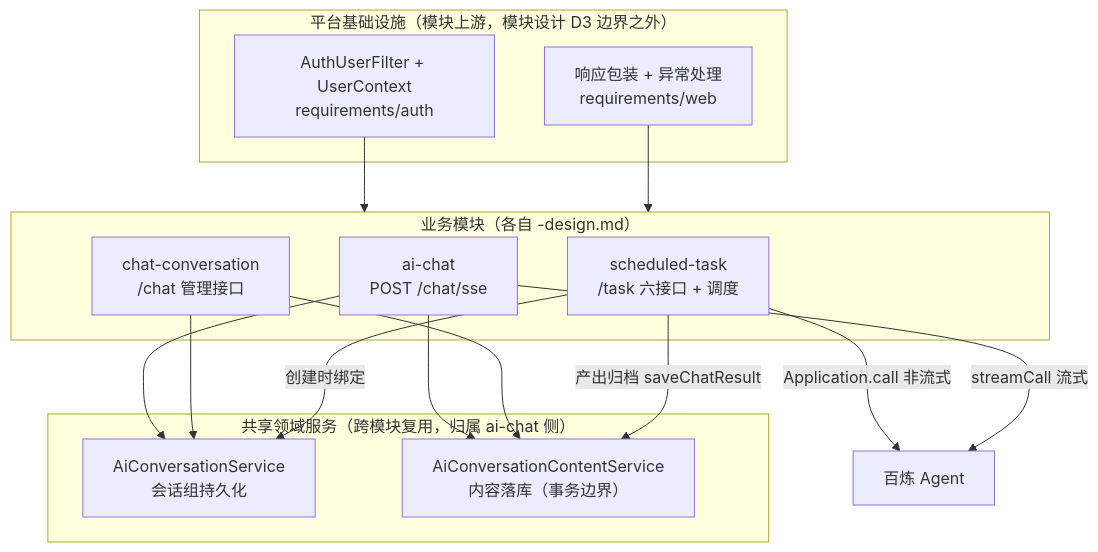
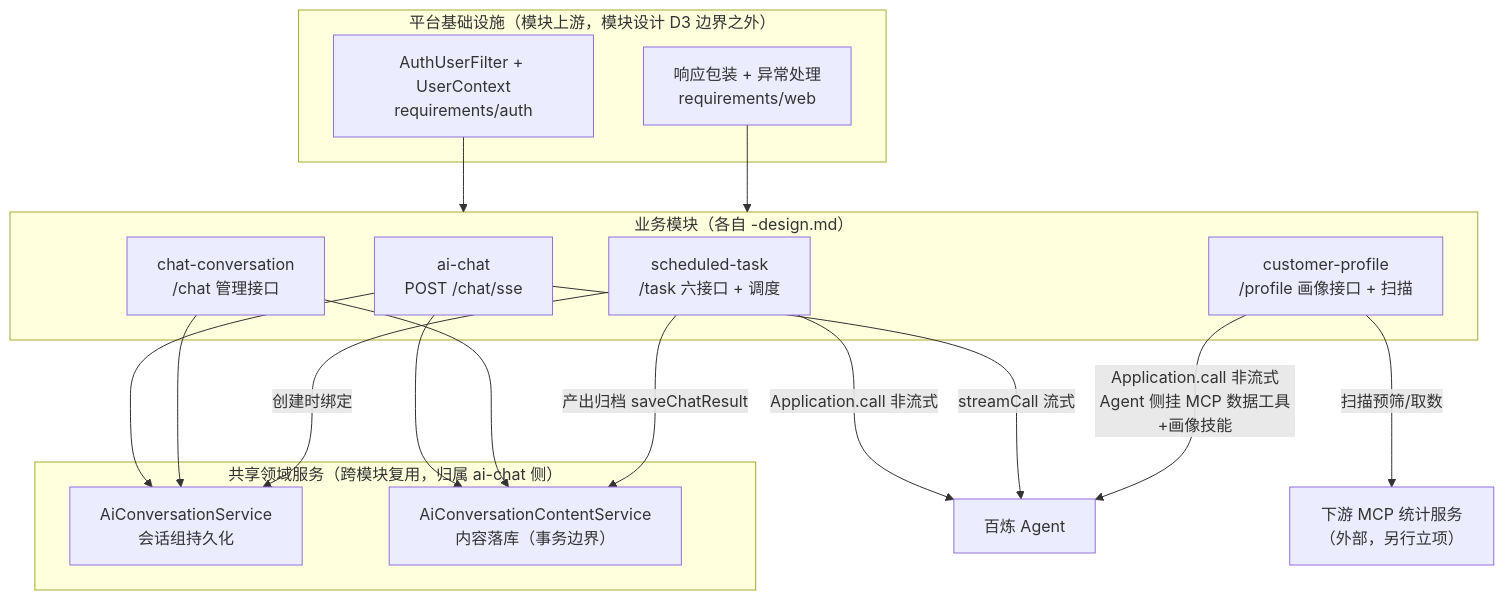
One commit to ChiYouIc/ehub-ai-workbench-prd changed the second of 3 diagrams in designs/architecture.md. Above: the diagram before and after it, drawn with Mermaid. The commit also changed other lines of this file and 16 other files, not shown here.

Commit message:
docs: customer-profile PRD 三件套落盘（PRD/IA PRD/访谈记录）；访谈决策记录归位 plans/（model-config grilling-decisions 迁移改名）；README/CONTEXT/GLOSSARY/架构文档同步

````diff
--- a/designs/architecture.md
+++ b/designs/architecture.md
@@ -25,26 +25,29 @@
 ```mermaid
 flowchart TD
     subgraph platform["平台基础设施（模块上游，模块设计 D3 边界之外）"]
         AUTH["AuthUserFilter + UserContext<br/>requirements/auth"]
         WEB["响应包装 + 异常处理<br/>requirements/web"]
     end
     subgraph modules["业务模块（各自 -design.md）"]
         AICHAT["ai-chat<br/>POST /chat/sse"]
         CONV["chat-conversation<br/>/chat 管理接口"]
         TASK["scheduled-task<br/>/task 六接口 + 调度"]
+        CPROFILE["customer-profile<br/>/profile 画像接口 + 扫描"]
     end
     subgraph shared["共享领域服务（跨模块复用，归属 ai-chat 侧）"]
         CONVS["AiConversationService<br/>会话组持久化"]
         CONTS["AiConversationContentService<br/>内容落库（事务边界）"]
     end
     AUTH --> modules
     WEB --> modules
     AICHAT --> CONVS
     AICHAT --> CONTS
     CONV --> CONVS
     CONV --> CONTS
     TASK -->|"创建时绑定"| CONVS
     TASK -->|"产出归档 saveChatResult"| CONTS
     TASK -->|"Application.call 非流式"| BL2["百炼 Agent"]
     AICHAT -->|"streamCall 流式"| BL2
+    CPROFILE -->|"扫描预筛/取数"| MCPS["下游 MCP 统计服务<br/>（外部，另行立项）"]
+    CPROFILE -->|"Application.call 非流式<br/>Agent 侧挂 MCP 数据工具+画像技能"| BL2
 ```
````
